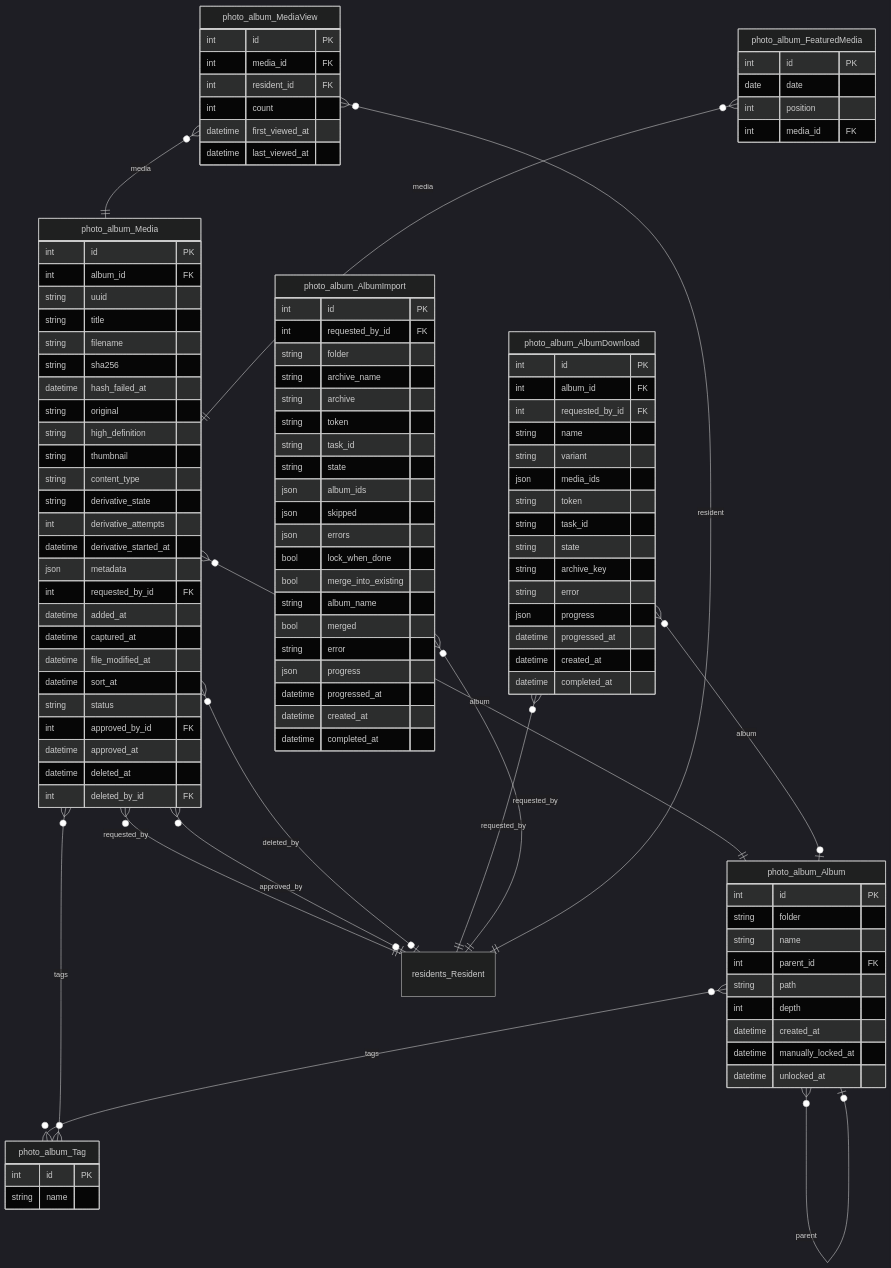
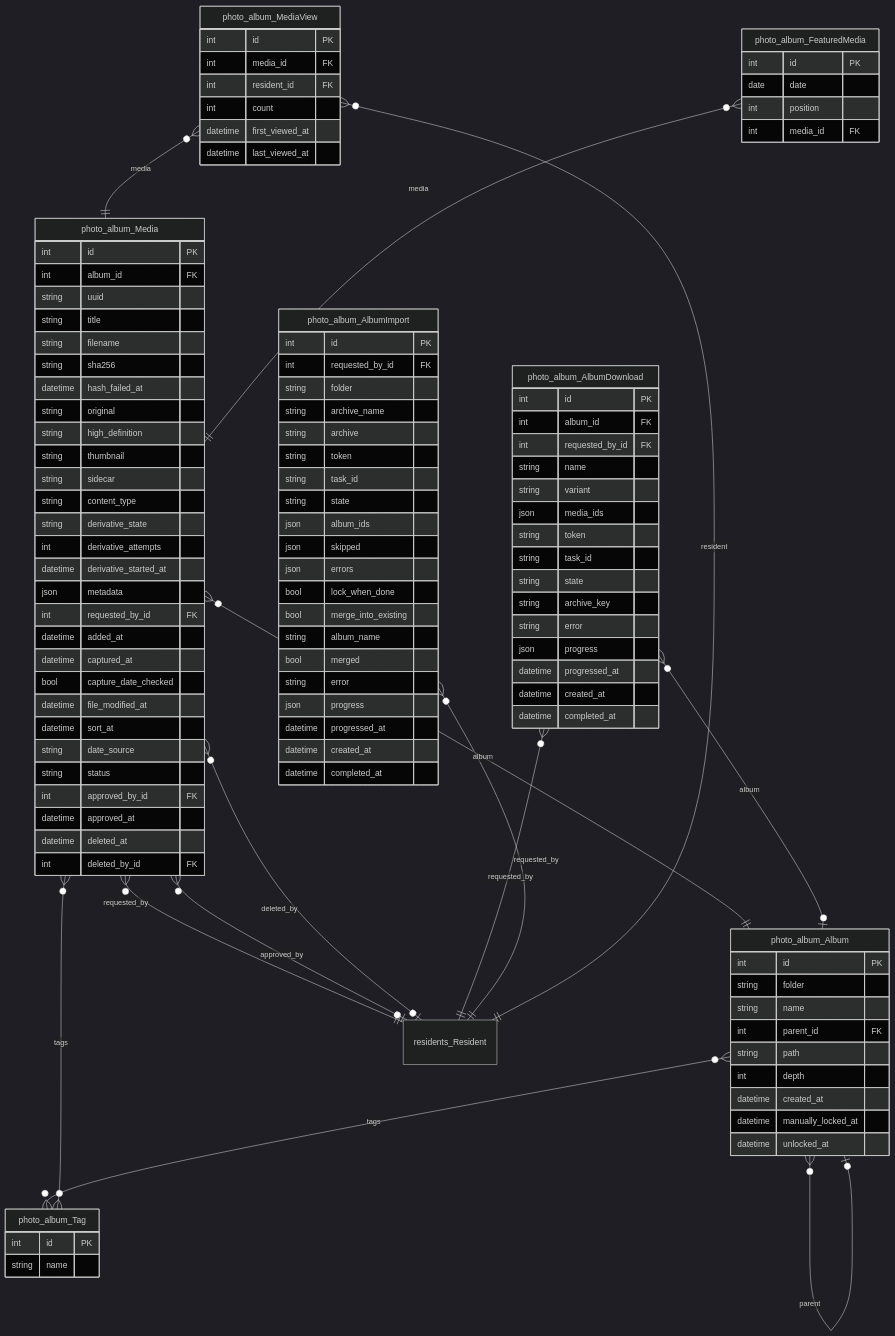
One commit to GAHK-org/gahk_intern changed diagram 12 of 16 in docs/erd.md. Above: the diagram before and after it, drawn with Mermaid (dark theme). The commit also changed other lines of this file and 19 other files, not shown here.

```diff
--- a/docs/erd.md
+++ b/docs/erd.md
@@ -1389,6 +1392,7 @@
         string original
         string high_definition
         string thumbnail
+        string sidecar
         string content_type
         string derivative_state
         int derivative_attempts
@@ -1397,8 +1401,10 @@
         int requested_by_id FK
         datetime added_at
         datetime captured_at
+        bool capture_date_checked
         datetime file_modified_at
         datetime sort_at
+        string date_source
         string status
         int approved_by_id FK
         datetime approved_at
```
